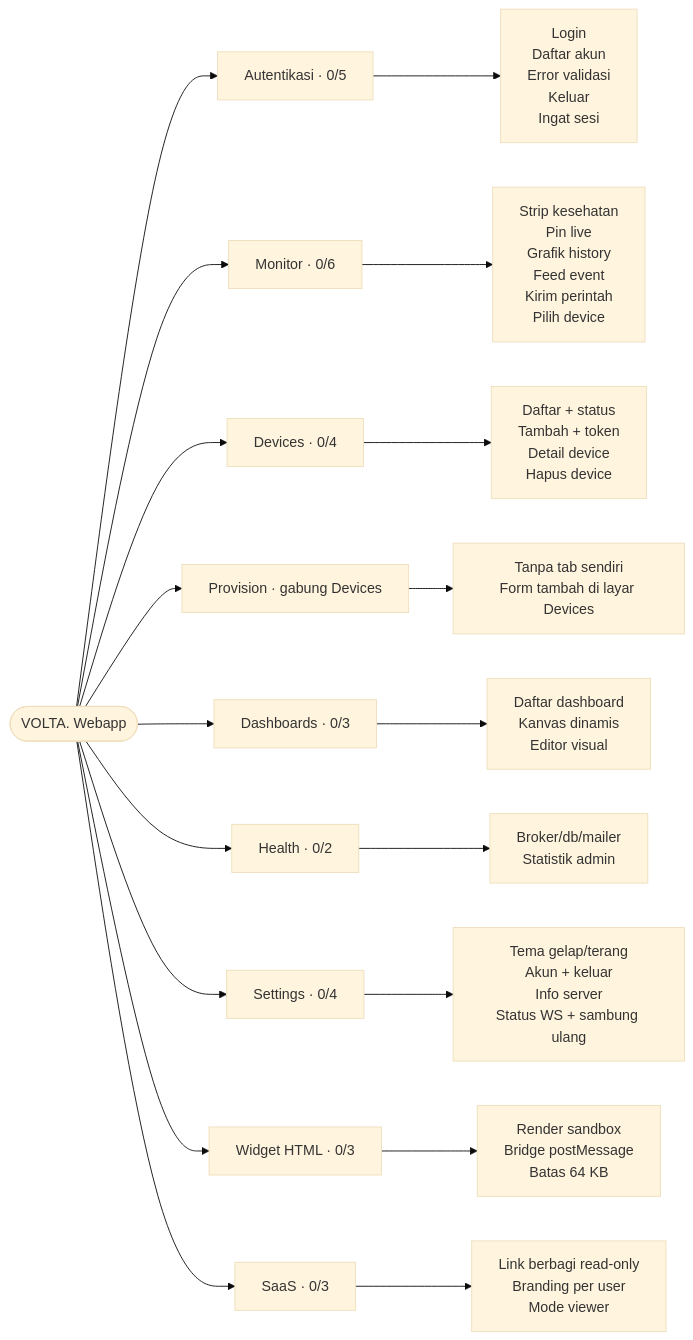
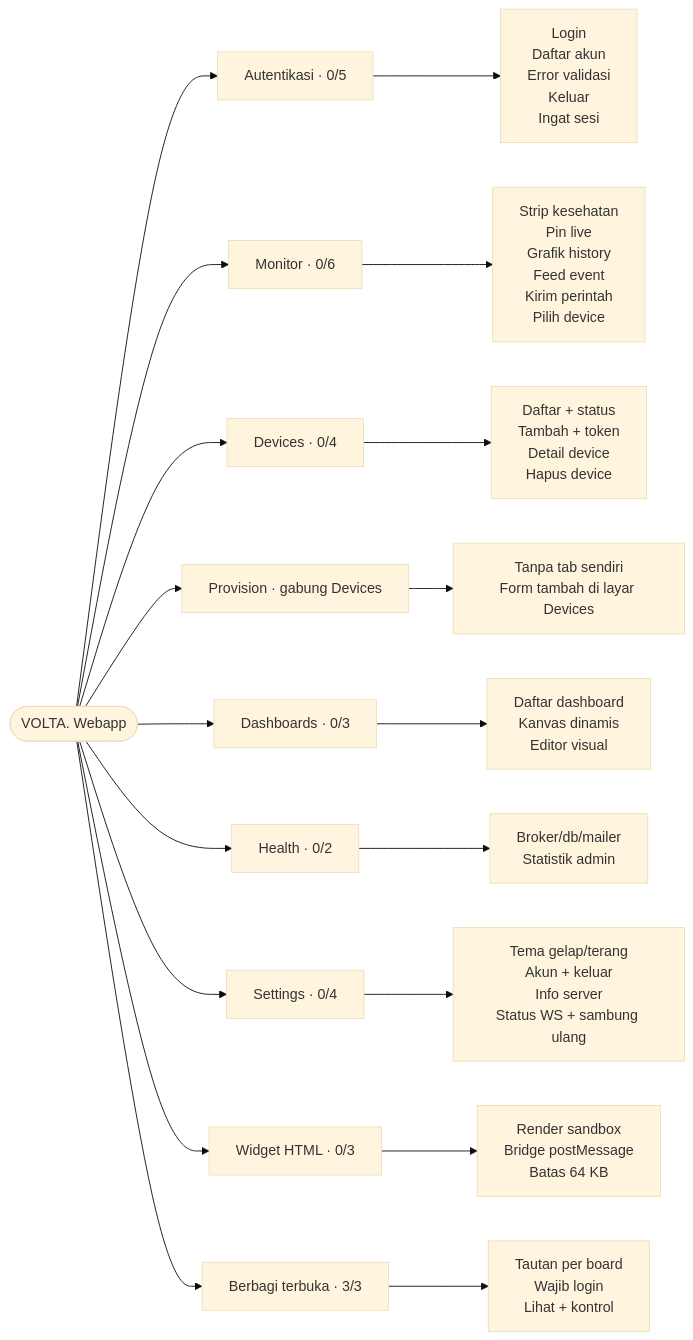
The second of 2 diagrams in tasks/plan-webapp.md (Andrisetianabrata/volta-IoT), drawn with Mermaid (base theme) before and after one commit. The commit also changed other lines of this file and 96 other files, not shown here.

````diff
--- a/tasks/plan-webapp.md
+++ b/tasks/plan-webapp.md
@@ -129,14 +129,14 @@
 ```mermaid
 flowchart LR
     ROOT(["VOLTA. Webapp"])
     ROOT --> F1 & F2 & F3 & F4 & F5 & F6 & F7 & F8 & F9
     F1["Autentikasi · 0/5"] --> S1["Login<br/>Daftar akun<br/>Error validasi<br/>Keluar<br/>Ingat sesi"]
     F2["Monitor · 0/6"] --> S2["Strip kesehatan<br/>Pin live<br/>Grafik history<br/>Feed event<br/>Kirim perintah<br/>Pilih device"]
     F3["Devices · 0/4"] --> S3["Daftar + status<br/>Tambah + token<br/>Detail device<br/>Hapus device"]
     F4["Provision · gabung Devices"] --> S4["Tanpa tab sendiri<br/>Form tambah di layar Devices"]
     F5["Dashboards · 0/3"] --> S5["Daftar dashboard<br/>Kanvas dinamis<br/>Editor visual"]
     F6["Health · 0/2"] --> S6["Broker/db/mailer<br/>Statistik admin"]
     F7["Settings · 0/4"] --> S7["Tema gelap/terang<br/>Akun + keluar<br/>Info server<br/>Status WS + sambung ulang"]
     F8["Widget HTML · 0/3"] --> S8["Render sandbox<br/>Bridge postMessage<br/>Batas 64 KB"]
-    F9["SaaS · 0/3"] --> S9["Link berbagi read-only<br/>Branding per user<br/>Mode viewer"]
+    F9["Berbagi terbuka · 3/3"] --> S9["Tautan per board<br/>Wajib login<br/>Lihat + kontrol"]
 ```
````
